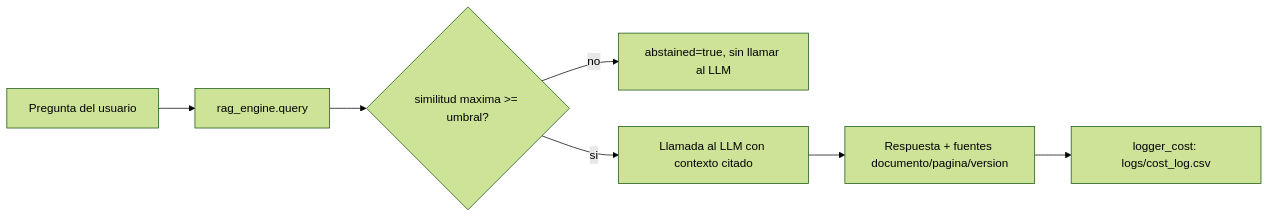
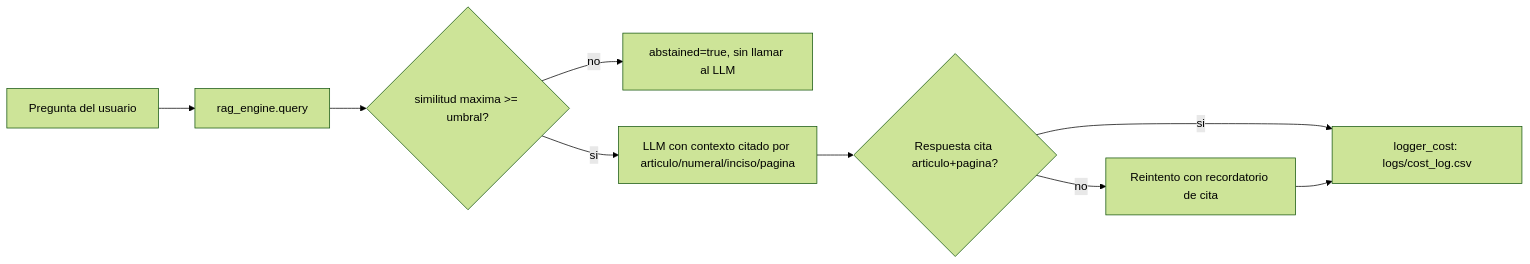
The second of 4 diagrams in docs/pipeline.md (Zoca-1/Proyecto_NormativeRAG_PublicProcurement_Radar), drawn with Mermaid (forest theme) before and after one commit. The commit also changed other lines of this file and 11 other files, not shown here.

````diff
--- a/docs/pipeline.md
+++ b/docs/pipeline.md
@@ -62,9 +74,11 @@
 ```mermaid
 flowchart LR
     Q[Pregunta del usuario] --> R[rag_engine.query]
     R --> S{similitud maxima >= umbral?}
     S -- no --> T[abstained=true, sin llamar al LLM]
-    S -- si --> U[Llamada al LLM con contexto citado]
-    U --> V[Respuesta + fuentes documento/pagina/version]
-    V --> W[logger_cost: logs/cost_log.csv]
+    S -- si --> U[LLM con contexto citado por articulo/numeral/inciso/pagina]
+    U --> V{Respuesta cita articulo+pagina?}
+    V -- no --> X[Reintento con recordatorio de cita]
+    V -- si --> W[logger_cost: logs/cost_log.csv]
+    X --> W
 ```
````
